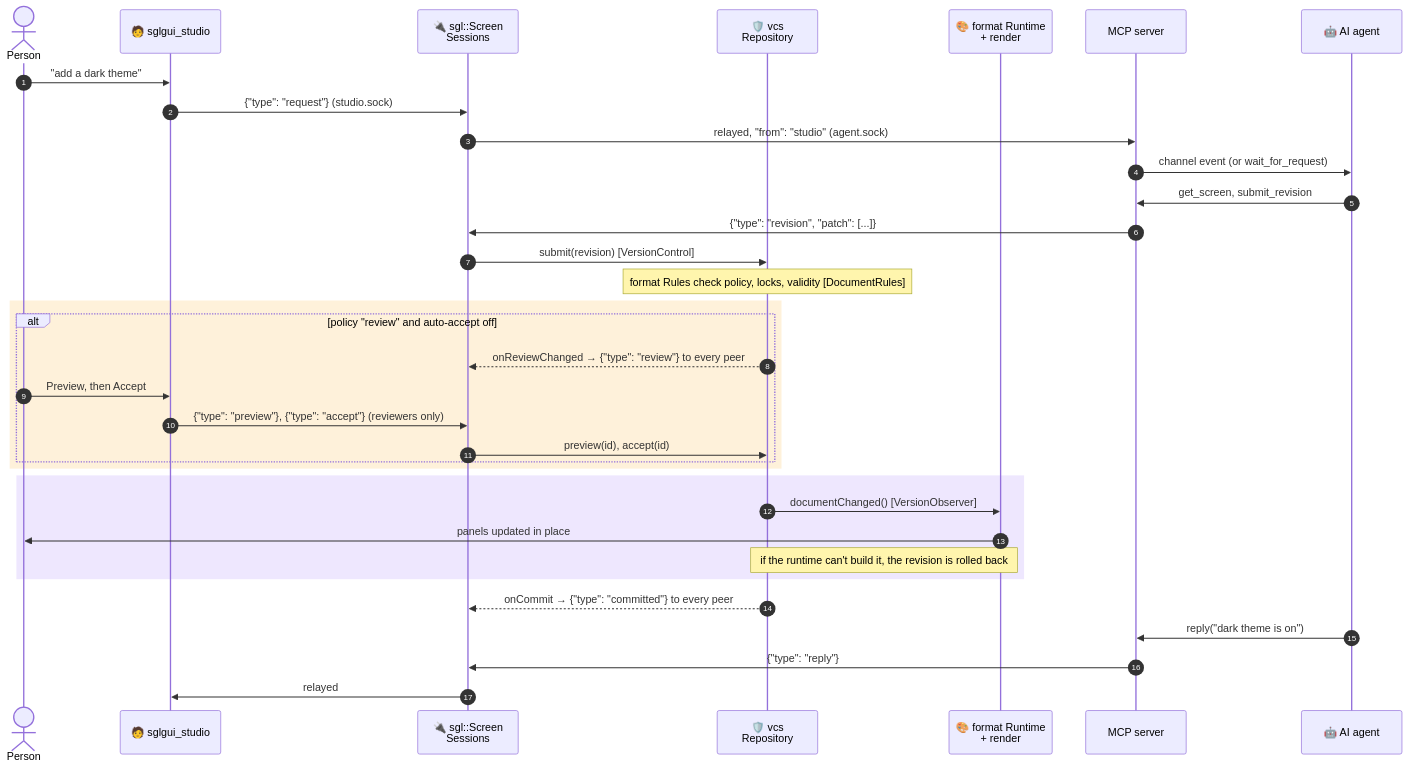
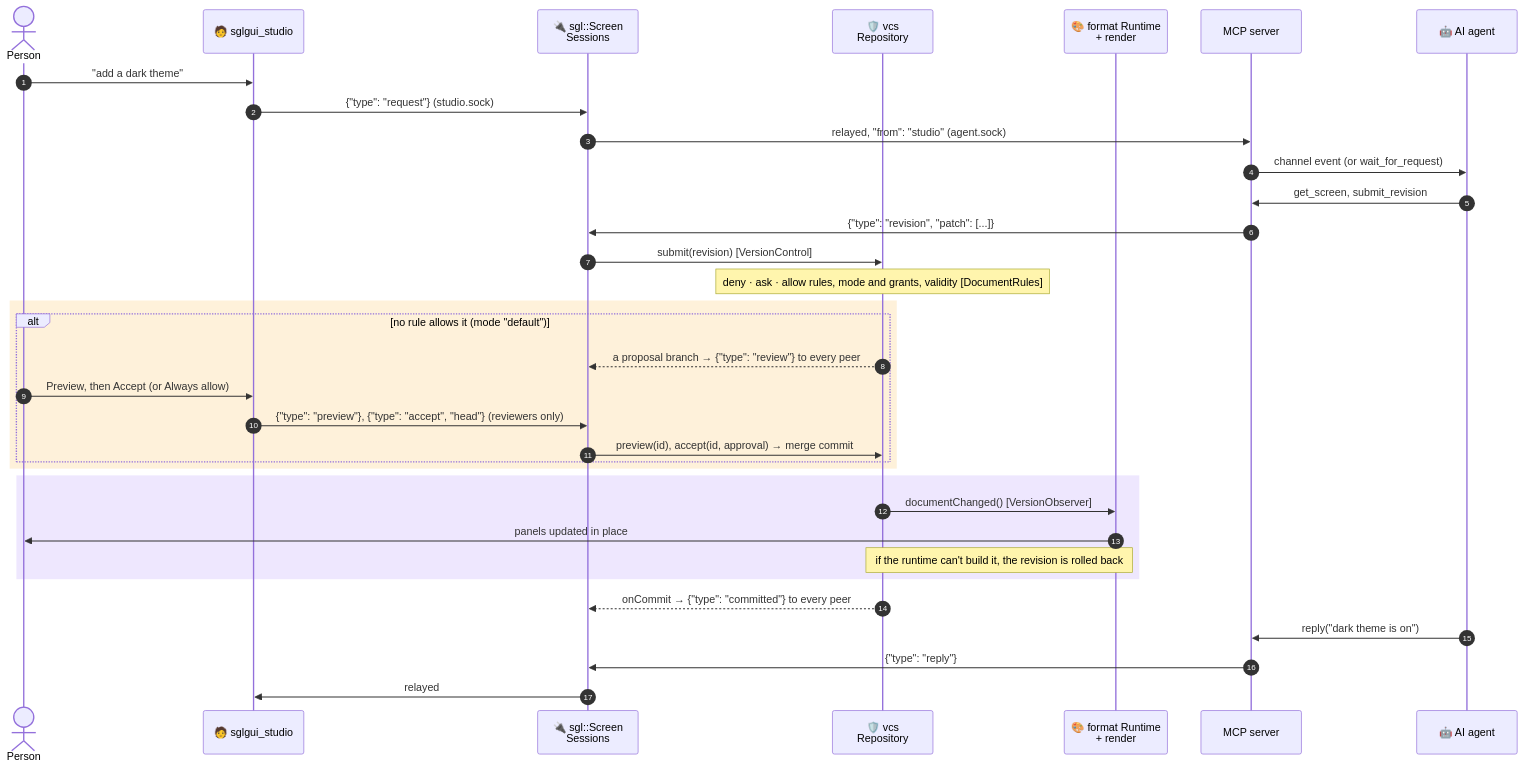
Before and after one commit to RiccardoSottini/AffrescoUI: the third of 5 diagrams in README.md, drawn with Mermaid. The commit also changed other lines of this file and 30 other files, not shown here.

````diff
--- a/README.md
+++ b/README.md
@@ -269,37 +273,37 @@
 ```mermaid
 sequenceDiagram
     autonumber
     actor Person
     participant Studio as 🧑 sglgui_studio
     participant Peers as 🔌 sgl::Screen<br/>Sessions
     participant VCS as 🛡️ vcs<br/>Repository
     participant RT as 🎨 format Runtime<br/>+ render
     participant MCP as MCP server
     participant Agent as 🤖 AI agent
 
     Person->>Studio: "add a dark theme"
     Studio->>Peers: {"type": "request"}  (studio.sock)
     Peers->>MCP: relayed, "from": "studio"  (agent.sock)
     MCP->>Agent: channel event (or wait_for_request)
     Agent->>MCP: get_screen, submit_revision
     MCP->>Peers: {"type": "revision", "patch": [...]}
     Peers->>VCS: submit(revision)  [VersionControl]
-    Note over VCS: format Rules check policy, locks, validity  [DocumentRules]
+    Note over VCS: deny · ask · allow rules, mode and grants, validity  [DocumentRules]
     rect rgba(245, 158, 11, 0.15)
-    alt policy "review" and auto-accept off
-        VCS-->>Peers: onReviewChanged → {"type": "review"} to every peer
-        Person->>Studio: Preview, then Accept
-        Studio->>Peers: {"type": "preview"}, {"type": "accept"}  (reviewers only)
-        Peers->>VCS: preview(id), accept(id)
+    alt no rule allows it (mode "default")
+        VCS-->>Peers: a proposal branch → {"type": "review"} to every peer
+        Person->>Studio: Preview, then Accept (or Always allow)
+        Studio->>Peers: {"type": "preview"}, {"type": "accept", "head"}  (reviewers only)
+        Peers->>VCS: preview(id), accept(id, approval) → merge commit
     end
     end
     rect rgba(139, 92, 246, 0.15)
     VCS->>RT: documentChanged()  [VersionObserver]
     RT->>Person: panels updated in place
     Note over VCS,RT: if the runtime can't build it, the revision is rolled back
     end
     VCS-->>Peers: onCommit → {"type": "committed"} to every peer
     Agent->>MCP: reply("dark theme is on")
     MCP->>Peers: {"type": "reply"}
     Peers->>Studio: relayed
 ```
````
